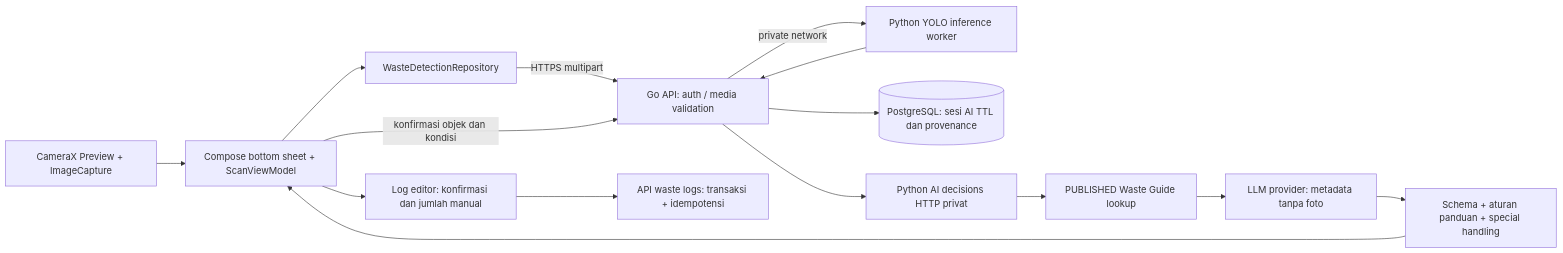
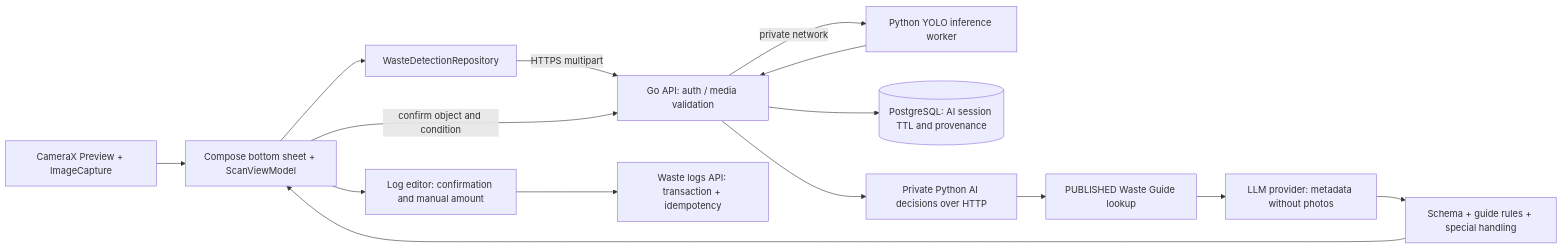
Before and after one commit to waste-not-app/waste-not-android: the second of 2 diagrams in docs/design-kit/ARCHITECTURE.md, drawn with Mermaid. The commit also changed other lines of this file and 10 other files, not shown here.

````diff
--- a/docs/design-kit/ARCHITECTURE.md
+++ b/docs/design-kit/ARCHITECTURE.md
@@ -218,17 +218,17 @@
 ```mermaid
 flowchart LR
   Camera[CameraX Preview + ImageCapture] --> Scan[Compose bottom sheet + ScanViewModel]
   Scan --> Repo[WasteDetectionRepository]
   Repo -->|HTTPS multipart| Go[Go API: auth / media validation]
   Go -->|private network| Python[Python YOLO inference worker]
   Python --> Go
-  Go --> DB[(PostgreSQL: sesi AI TTL dan provenance)]
-  Scan -->|konfirmasi objek dan kondisi| Go
-  Go --> Rec[Python AI decisions HTTP privat]
+  Go --> DB[(PostgreSQL: AI session TTL and provenance)]
+  Scan -->|confirm object and condition| Go
+  Go --> Rec[Private Python AI decisions over HTTP]
   Rec --> KB[PUBLISHED Waste Guide lookup]
-  KB --> LLM[LLM provider: metadata tanpa foto]
-  LLM --> Guard[Schema + aturan panduan + special handling]
+  KB --> LLM[LLM provider: metadata without photos]
+  LLM --> Guard[Schema + guide rules + special handling]
   Guard --> Scan
-  Scan --> Draft[Log editor: konfirmasi dan jumlah manual]
-  Draft --> Logs[API waste logs: transaksi + idempotensi]
+  Scan --> Draft[Log editor: confirmation and manual amount]
+  Draft --> Logs[Waste logs API: transaction + idempotency]
 ```
````
